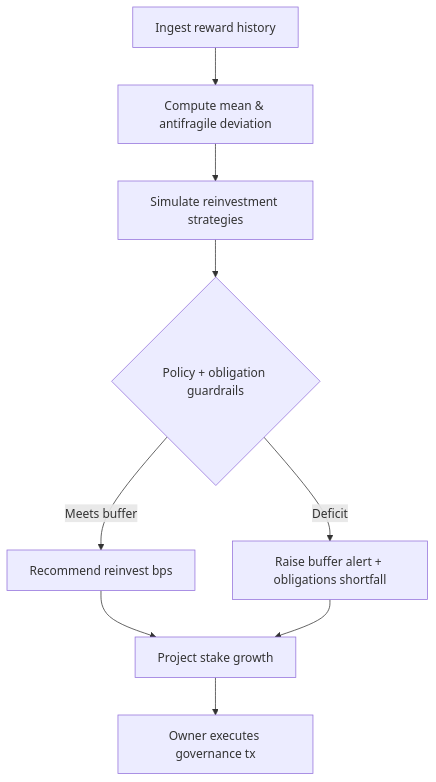
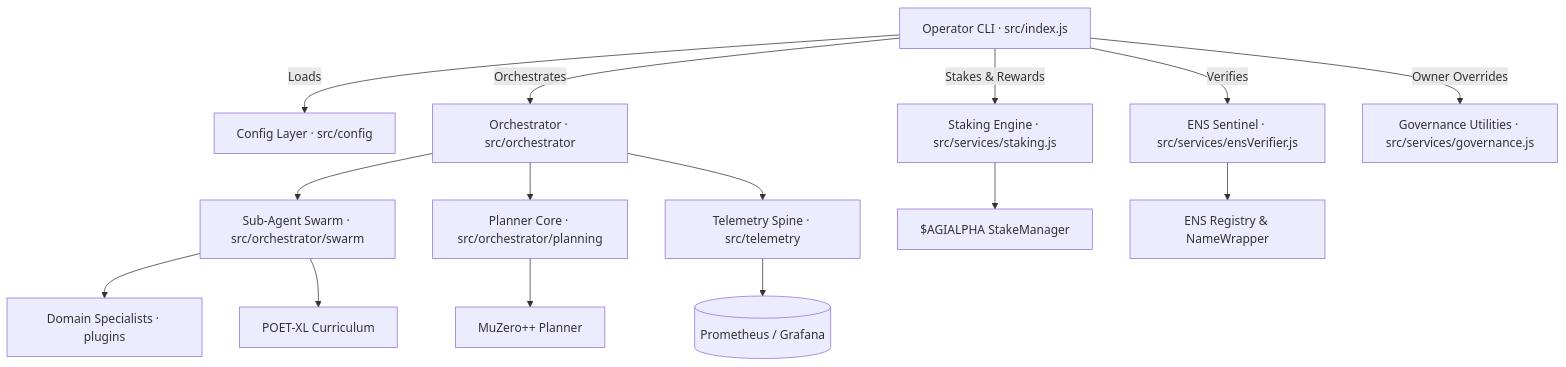
The first of 2 diagrams in README.md (MontrealAI/AGI-Alpha-Node-v0), drawn with Mermaid before and after one commit. The commit also changed other lines of this file, not shown here.

````diff
--- a/README.md
+++ b/README.md
@@ -388,11 +139,17 @@
 ```mermaid
-graph TD
-  A[Ingest reward history] --> B[Compute mean & antifragile deviation]
-  B --> C[Simulate reinvestment strategies]
-  C --> D{Policy + obligation guardrails}
-  D -->|Meets buffer| E[Recommend reinvest bps]
-  D -->|Deficit| F[Raise buffer alert + obligations shortfall]
-  E --> G[Project stake growth]
-  F --> G
-  G --> H[Owner executes governance tx]
+flowchart TD
+    A[Operator CLI · src/index.js] -->|Loads| B[Config Layer · src/config]
+    A -->|Orchestrates| C[Orchestrator · src/orchestrator]
+    C --> D[Sub-Agent Swarm · src/orchestrator/swarm]
+    C --> E[Planner Core · src/orchestrator/planning]
+    A -->|Verifies| F[ENS Sentinel · src/services/ensVerifier.js]
+    A -->|Stakes & Rewards| G[Staking Engine · src/services/staking.js]
+    A -->|Owner Overrides| H[Governance Utilities · src/services/governance.js]
+    C --> I[Telemetry Spine · src/telemetry]
+    I --> J[(Prometheus / Grafana)]
+    D --> K[Domain Specialists · plugins]
+    G --> L[$AGIALPHA StakeManager]
+    F --> M[ENS Registry & NameWrapper]
+    E --> N[MuZero++ Planner]
+    D --> O[POET-XL Curriculum]
 ```
````
